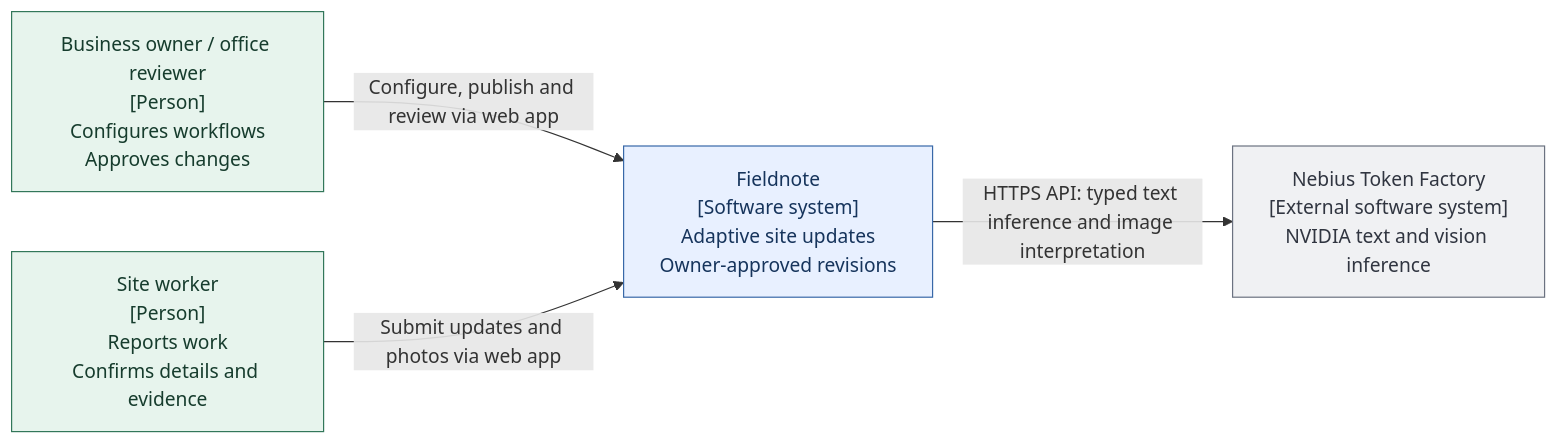
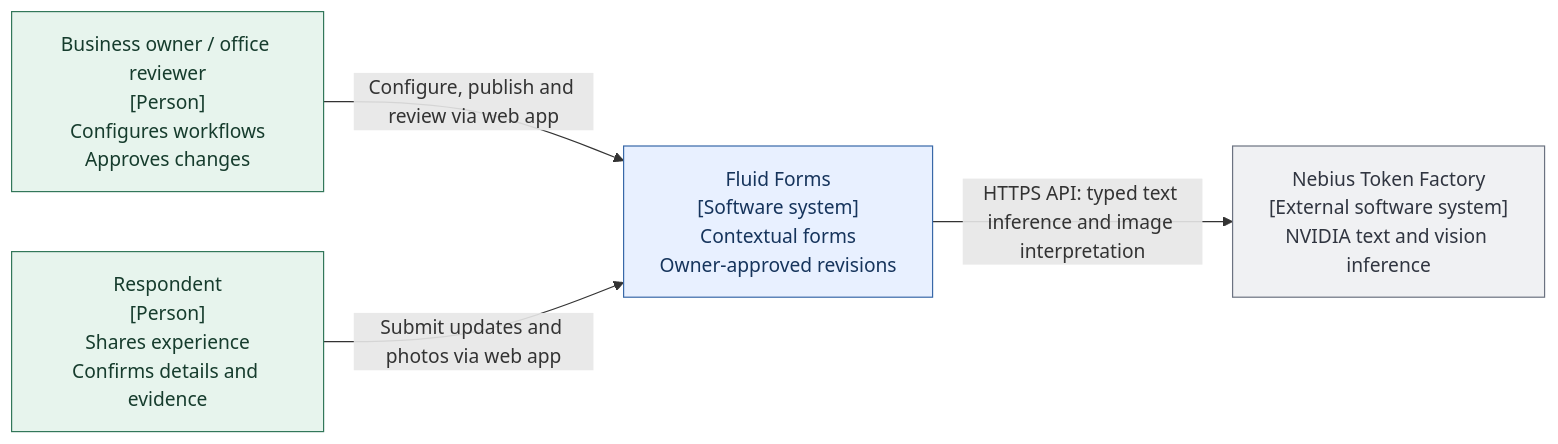
One commit to vaibhavp4/fluid-forms changed the first of 3 diagrams in docs/ARCHITECTURE.md. Above: the diagram before and after it, drawn with Mermaid. The commit also changed other lines of this file and 25 other files, not shown here.

Commit message:
Add contextual template catalog, workflow graph, and approved question improvements

````diff
--- a/docs/ARCHITECTURE.md
+++ b/docs/ARCHITECTURE.md
@@ -11,18 +11,18 @@
 ```mermaid
 flowchart LR
     owner["Business owner / office reviewer<br/>[Person]<br/>Configures workflows<br/>Approves changes"]
-    worker["Site worker<br/>[Person]<br/>Reports work<br/>Confirms details and evidence"]
-    fieldnote["Fieldnote<br/>[Software system]<br/>Adaptive site updates<br/>Owner-approved revisions"]
+    worker["Respondent<br/>[Person]<br/>Shares experience<br/>Confirms details and evidence"]
+    fieldnote["Fluid Forms<br/>[Software system]<br/>Contextual forms<br/>Owner-approved revisions"]
     nebius["Nebius Token Factory<br/>[External software system]<br/>NVIDIA text and vision inference"]
 
     owner -->|"Configure, publish and review via web app"| fieldnote
     worker -->|"Submit updates and photos via web app"| fieldnote
     fieldnote -->|"HTTPS API: typed text inference and image interpretation"| nebius
 
     classDef person fill:#e7f4ed,stroke:#32775a,color:#163c2d
     classDef app fill:#e8f0ff,stroke:#3868a8,color:#16345c
     classDef external fill:#f0f1f3,stroke:#6b7280,color:#303540
     class owner,worker person
     class fieldnote app
     class nebius external
 ```
````
